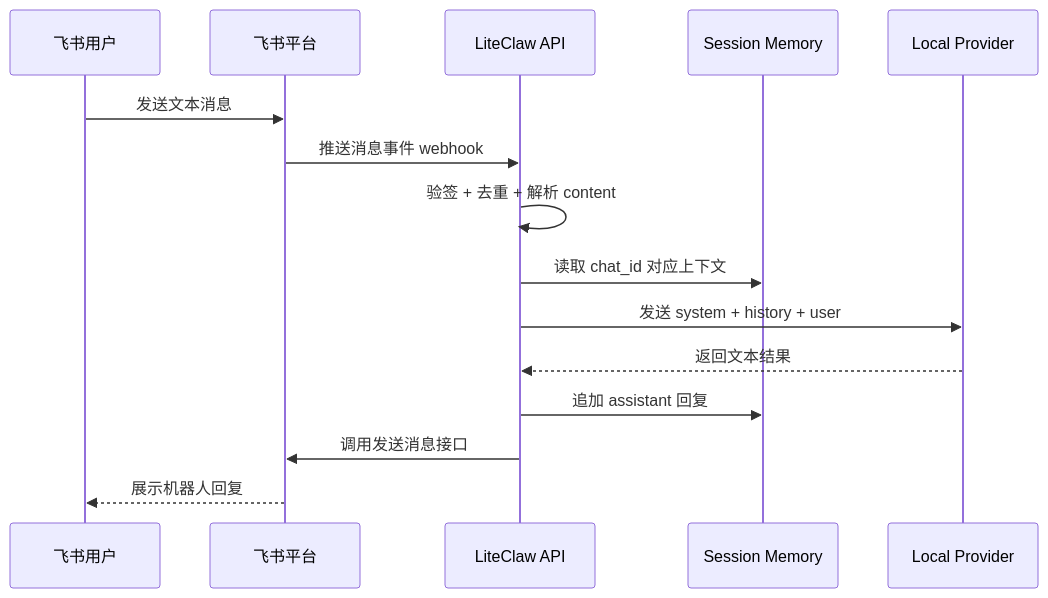
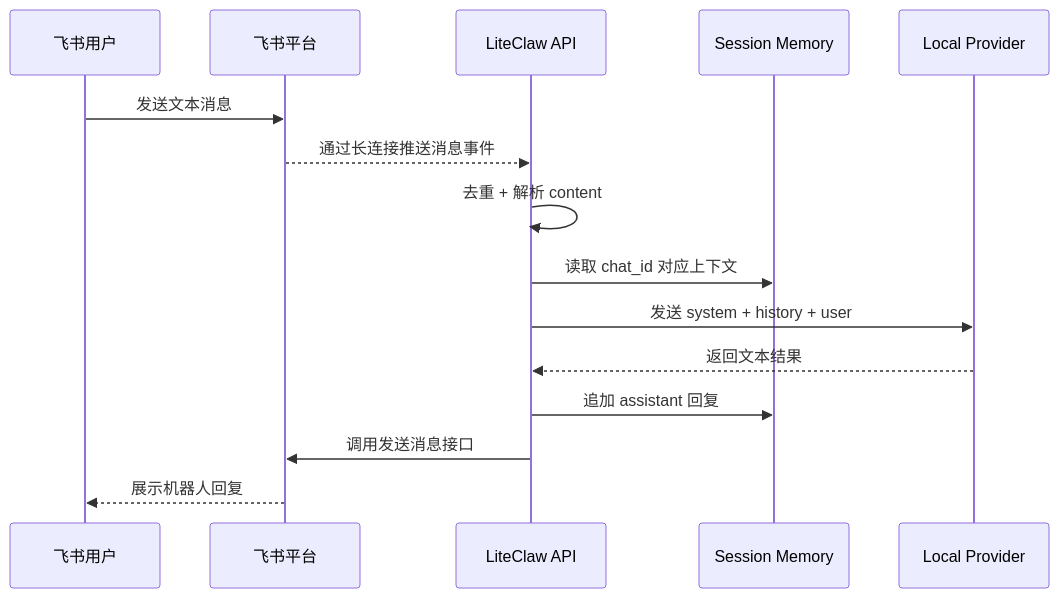
One commit to WarrenJones/liteClaw changed the second of 3 diagrams in docs/liteclaw-feishu-mvp.md. Above: the diagram before and after it, drawn with Mermaid. The commit also changed other lines of this file and 12 other files, not shown here.

Commit message:
Add Feishu long-connection MVP flow

````diff
--- a/docs/liteclaw-feishu-mvp.md
+++ b/docs/liteclaw-feishu-mvp.md
@@ -51,18 +51,18 @@
 ```mermaid
 sequenceDiagram
     participant User as 飞书用户
     participant Feishu as 飞书平台
     participant LiteClaw as LiteClaw API
     participant Memory as Session Memory
     participant LLM as Local Provider
 
     User->>Feishu: 发送文本消息
-    Feishu->>LiteClaw: 推送消息事件 webhook
-    LiteClaw->>LiteClaw: 验签 + 去重 + 解析 content
+    Feishu-->>LiteClaw: 通过长连接推送消息事件
+    LiteClaw->>LiteClaw: 去重 + 解析 content
     LiteClaw->>Memory: 读取 chat_id 对应上下文
     LiteClaw->>LLM: 发送 system + history + user
     LLM-->>LiteClaw: 返回文本结果
     LiteClaw->>Memory: 追加 assistant 回复
     LiteClaw->>Feishu: 调用发送消息接口
     Feishu-->>User: 展示机器人回复
 ```
````
